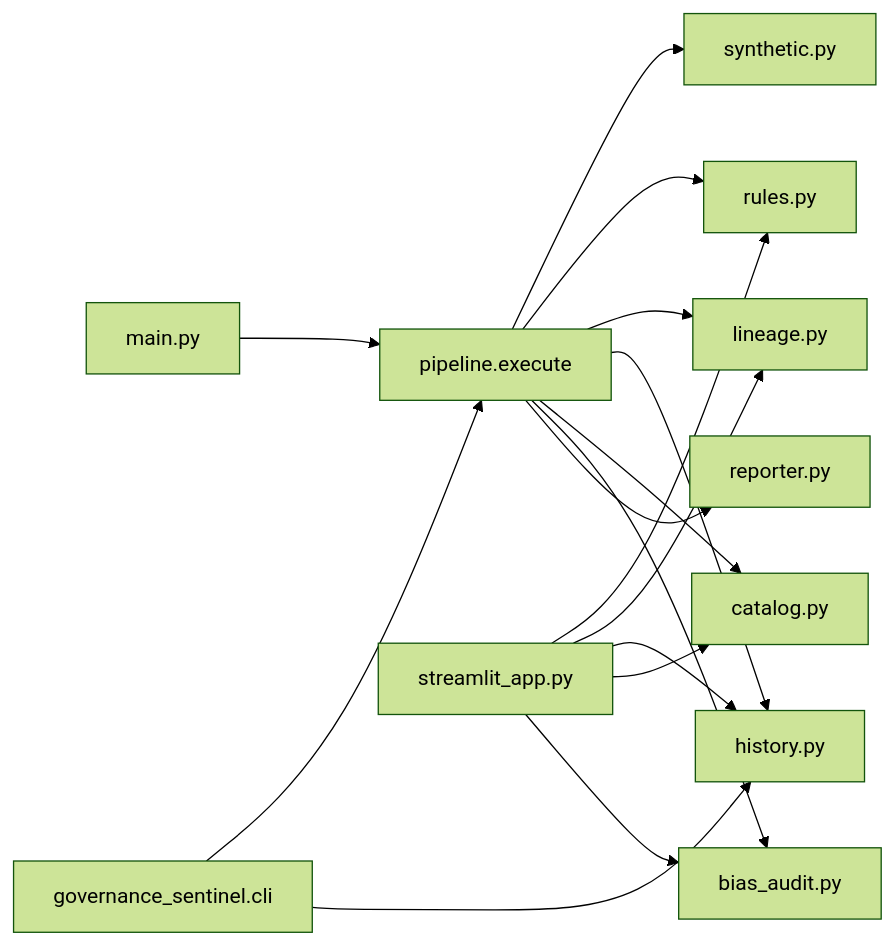
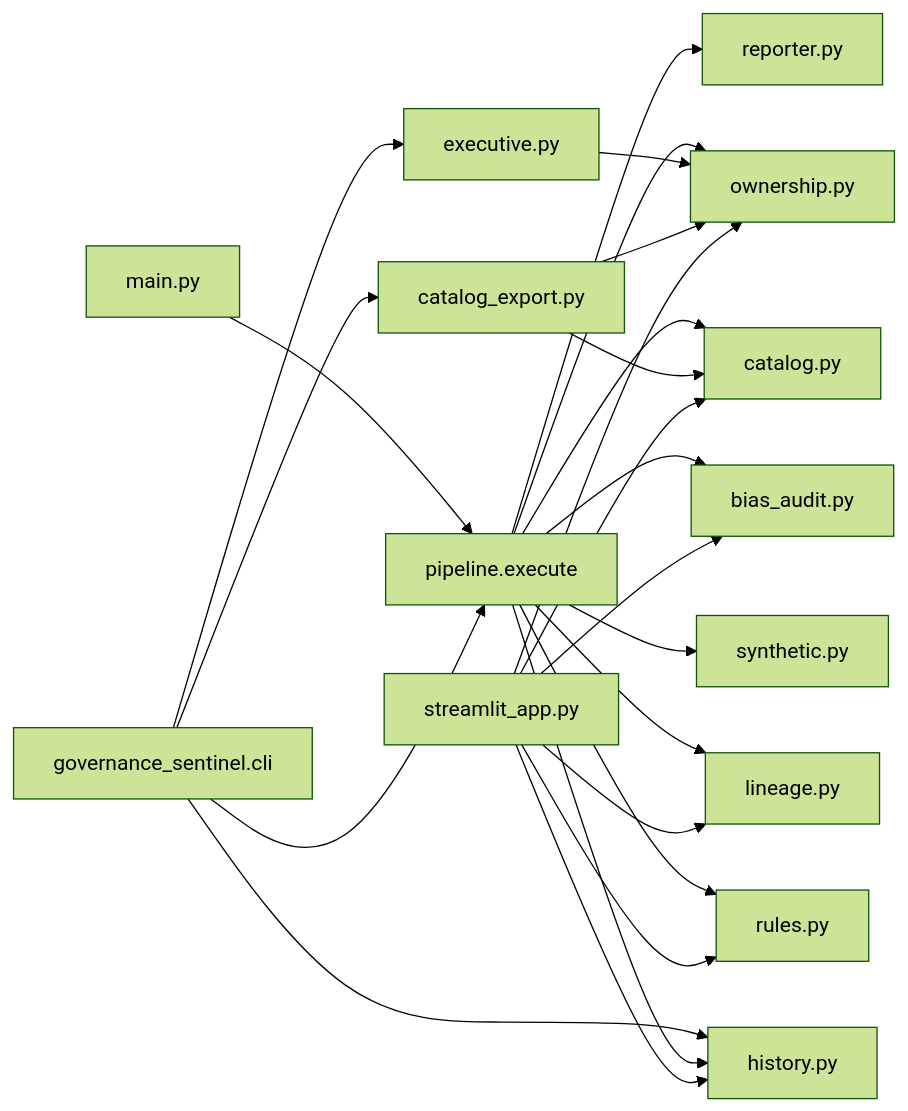
One commit to delens/Governance-Sentinel changed the first of 2 diagrams in docs/architecture.md. Above: the diagram before and after it, drawn with Mermaid (forest theme). The commit also changed other lines of this file and 26 other files, not shown here.

First line of the commit message:
Add a one-page board summary, an ownership matrix, and catalog files. (#6)

````diff
--- a/docs/architecture.md
+++ b/docs/architecture.md
@@ -7,30 +7,40 @@
 ```mermaid
 flowchart LR
   mainPy["main.py"]
   cli["governance_sentinel.cli"]
   pipeline["pipeline.execute"]
   synthetic["synthetic.py"]
   rulesPy["rules.py"]
   lineagePy["lineage.py"]
   historyPy["history.py"]
   catalogPy["catalog.py"]
+  ownershipPy["ownership.py"]
+  executivePy["executive.py"]
+  catalogExport["catalog_export.py"]
   biasPy["bias_audit.py"]
   reporterPy["reporter.py"]
   app["streamlit_app.py"]
 
   mainPy --> pipeline
   cli --> pipeline
   cli --> historyPy
+  cli --> executivePy
+  cli --> catalogExport
   pipeline --> synthetic
   pipeline --> rulesPy
   pipeline --> lineagePy
   pipeline --> historyPy
   pipeline --> catalogPy
+  pipeline --> ownershipPy
   pipeline --> biasPy
   pipeline --> reporterPy
+  executivePy --> ownershipPy
+  catalogExport --> ownershipPy
+  catalogExport --> catalogPy
   app --> rulesPy
   app --> lineagePy
   app --> historyPy
   app --> catalogPy
+  app --> ownershipPy
   app --> biasPy
 ```
````
